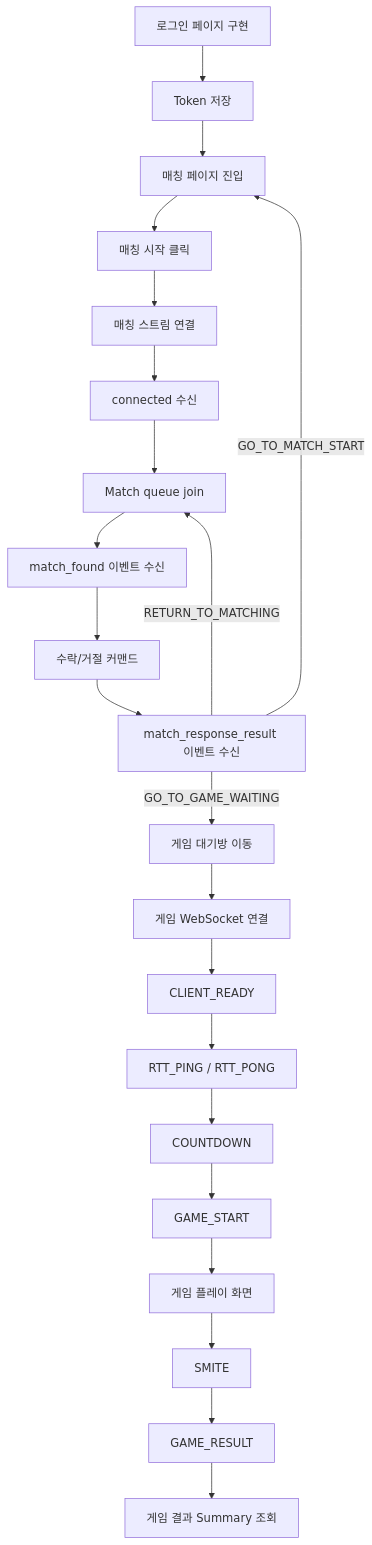
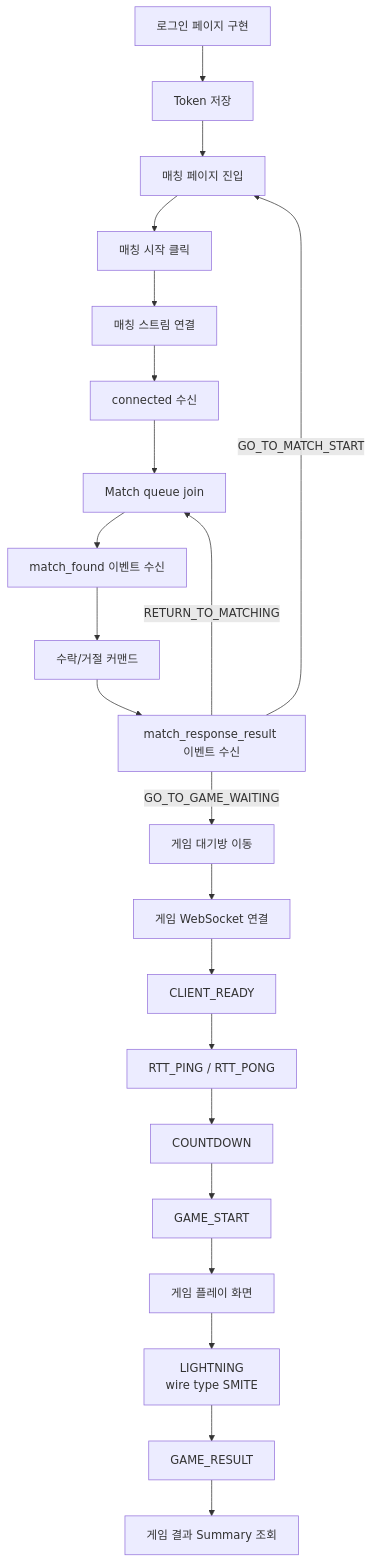
One commit to moonwhistle/League-of-Star changed the diagram in docs/antigravity/frontend/front-plan.md. Above: the diagram before and after it, drawn with Mermaid. The commit also changed other lines of this file and 49 other files, not shown here.

````diff
--- a/docs/antigravity/frontend/front-plan.md
+++ b/docs/antigravity/frontend/front-plan.md
@@ -17,24 +18,24 @@
 ```mermaid
 flowchart TD
     A[로그인 페이지 구현] --> B[Token 저장]
     B --> C[매칭 페이지 진입]
     C --> D[매칭 시작 클릭]
     D --> E[매칭 스트림 연결]
     E --> F[connected 수신]
     F --> G[Match queue join]
     G --> H[match_found 이벤트 수신]
     H --> I[수락/거절 커맨드]
     I --> J[match_response_result 이벤트 수신]
     J -->|GO_TO_GAME_WAITING| K[게임 대기방 이동]
     J -->|GO_TO_MATCH_START| C
     J -->|RETURN_TO_MATCHING| G
     K --> L[게임 WebSocket 연결]
     L --> M[CLIENT_READY]
     M --> N[RTT_PING / RTT_PONG]
     N --> O[COUNTDOWN]
     O --> P[GAME_START]
     P --> Q[게임 플레이 화면]
-    Q --> R[SMITE]
+    Q --> R[LIGHTNING<br/>wire type SMITE]
     R --> S[GAME_RESULT]
     S --> T[게임 결과 Summary 조회]
 ```
````
